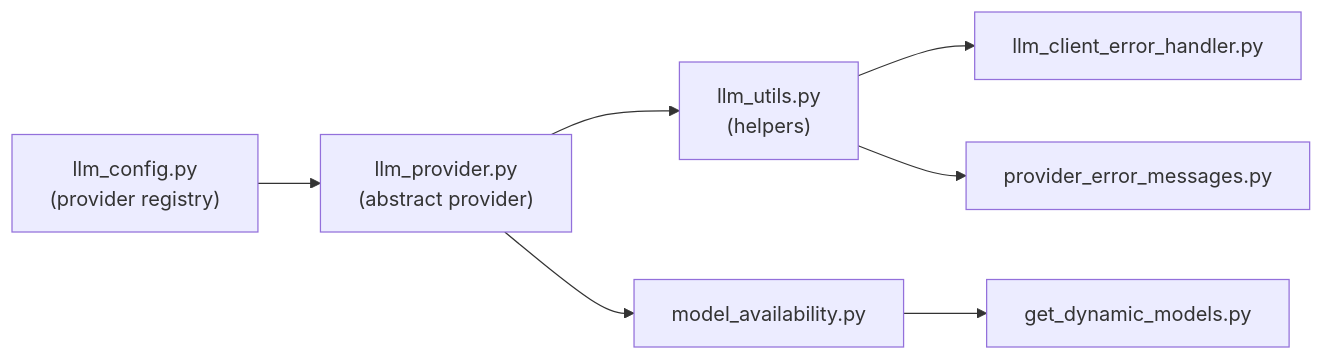
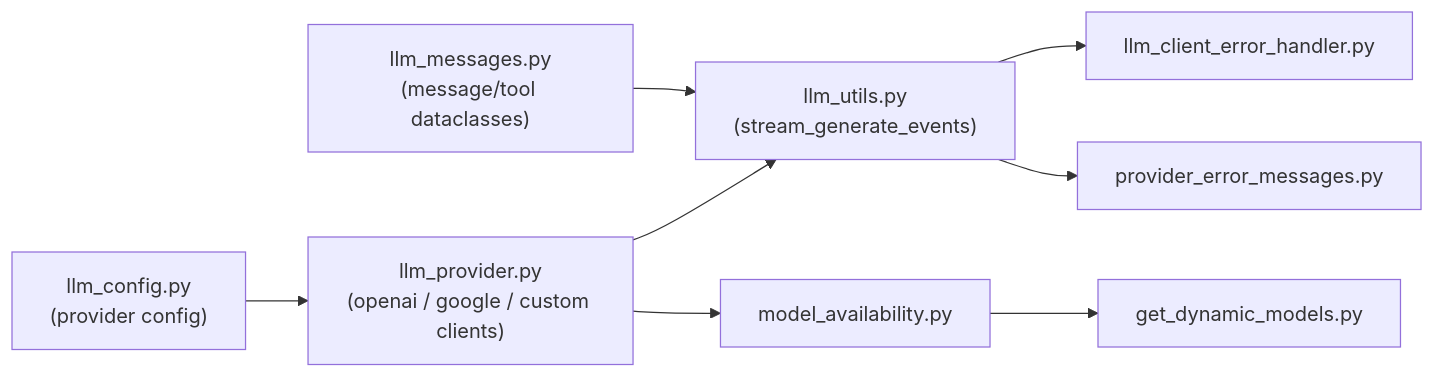
The fifth of 7 diagrams in docs/architecture/03-level-fastapi.md (xuanthai-work/presenton-gapo), drawn with Mermaid before and after one commit. The commit also changed other lines of this file and 45 other files, not shown here.

````diff
--- a/docs/architecture/03-level-fastapi.md
+++ b/docs/architecture/03-level-fastapi.md
@@ -222,17 +224,19 @@
 ```mermaid
 graph LR
-    LlmConfig["llm_config.py<br/>(provider registry)"]
-    LlmProvider["llm_provider.py<br/>(abstract provider)"]
-    LlmUtils["llm_utils.py<br/>(helpers)"]
+    LlmMessages["llm_messages.py<br/>(message/tool dataclasses)"]
+    LlmConfig["llm_config.py<br/>(provider config)"]
+    LlmProvider["llm_provider.py<br/>(openai / google / custom clients)"]
+    LlmUtils["llm_utils.py<br/>(stream_generate_events)"]
     LlmClient["llm_client_error_handler.py"]
     ProviderErr["provider_error_messages.py"]
     ModelAvail["model_availability.py"]
     GetDynModels["get_dynamic_models.py"]
 
     LlmConfig --> LlmProvider
+    LlmMessages --> LlmUtils
     LlmProvider --> LlmUtils
     LlmUtils --> LlmClient
     LlmUtils --> ProviderErr
     LlmProvider --> ModelAvail
     ModelAvail --> GetDynModels
 ```
````
